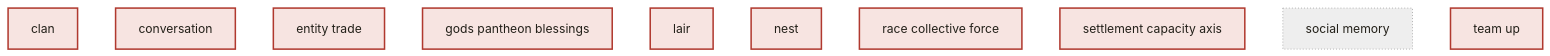
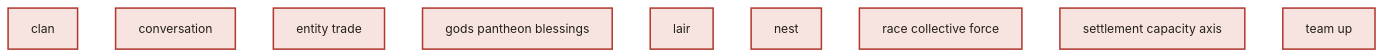
One commit to ttnhan18062000/rpg-based-simulation changed the diagram in docs/brainstorm/mechanism_priority_view.md. Above: the diagram before and after it, drawn with Mermaid (base theme). The commit also changed other lines of this file and 21 other files, not shown here.

````diff
--- a/docs/brainstorm/mechanism_priority_view.md
+++ b/docs/brainstorm/mechanism_priority_view.md
@@ -31,21 +30,20 @@
 ```mermaid
 flowchart BT
     classDef done fill:#e4efe6,stroke:#3f7d5c,stroke-width:2px,color:#232019
     classDef partial fill:#fdf3d8,stroke:#b8860b,stroke-width:2px,color:#232019
     classDef gap fill:#f7e4e1,stroke:#b0392f,stroke-width:2px,color:#232019
     classDef orphan fill:#f7e4e1,stroke:#b0392f,stroke-width:2px,stroke-dasharray: 2 2,color:#232019
     classDef gated fill:#f7ecd2,stroke:#9a6b0c,stroke-width:2px,stroke-dasharray: 3 3,color:#232019
     classDef skeleton fill:#eee,stroke:#888,stroke-width:1px,stroke-dasharray: 1 3,color:#232019
 
     clan["clan"]:::gap
     conversation["conversation"]:::gap
     entity_trade["entity trade"]:::gap
     gods_pantheon_blessings["gods pantheon blessings"]:::gap
     lair["lair"]:::gap
     nest["nest"]:::gap
     race_collective_force["race collective force"]:::gap
     settlement_capacity_axis["settlement capacity axis"]:::gap
-    social_memory["social memory"]:::skeleton
     team_up["team up"]:::gap
 
 ```
````
